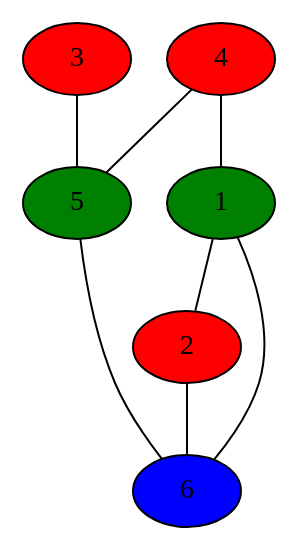
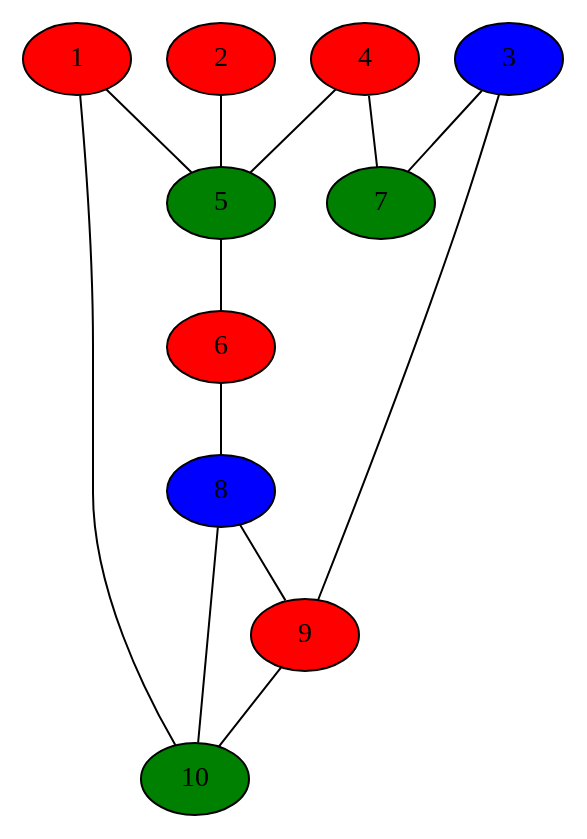
One commit to devb119/code-trr changed the diagram in graphlib/b/dothitomau.dot. Above: the diagram before and after it, drawn with Graphviz. The commit also changed 48 other files, not shown here.

```diff
--- a/graphlib/b/dothitomau.dot
+++ b/graphlib/b/dothitomau.dot
@@ -1,16 +1,25 @@
 graph dothi
 {
-1 [fillcolor=green, style=filled];
+1 [fillcolor=red, style=filled];
 2 [fillcolor=red, style=filled];
-3 [fillcolor=red, style=filled];
+3 [fillcolor=blue, style=filled];
 4 [fillcolor=red, style=filled];
 5 [fillcolor=green, style=filled];
-6 [fillcolor=blue, style=filled];
-1 -- 2;
-2 -- 6;
-6 -- 1;
-4 -- 1;
+6 [fillcolor=red, style=filled];
+7 [fillcolor=green, style=filled];
+8 [fillcolor=blue, style=filled];
+9 [fillcolor=red, style=filled];
+10 [fillcolor=green, style=filled];
+1 -- 5;
+1 -- 10;
+2 -- 5;
+3 -- 7;
+3 -- 9;
 4 -- 5;
+4 -- 7;
 5 -- 6;
-3 -- 5;
+6 -- 8;
+8 -- 9;
+8 -- 10;
+9 -- 10;
 }
```
